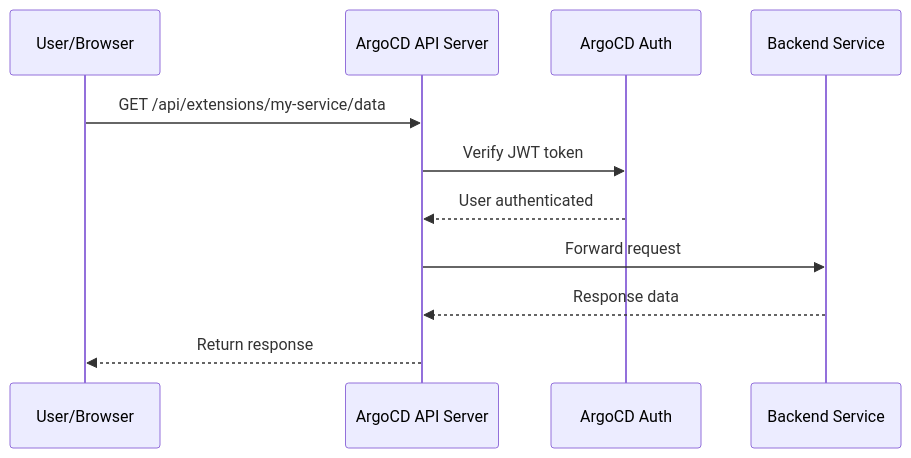
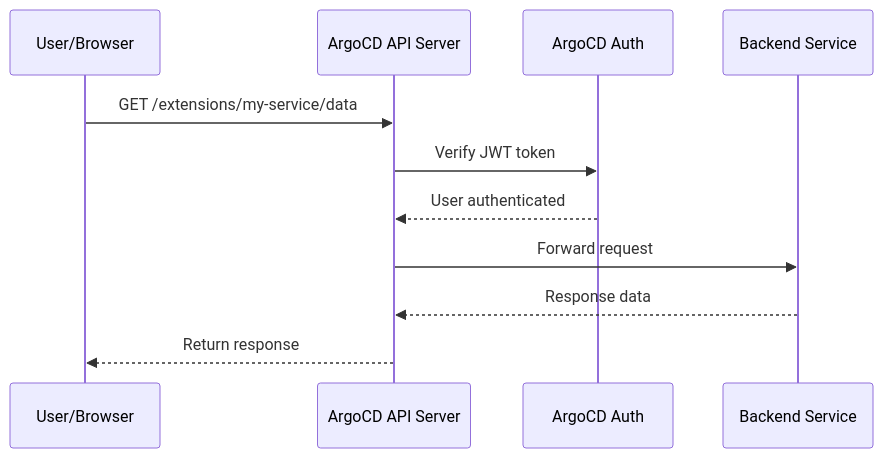
One commit to OneUptime/blog changed the diagram in posts/2026-02-26-argocd-proxy-extensions/README.md. Above: the diagram before and after it, drawn with Mermaid. The commit also changed other lines of this file and 2 other files, not shown here.

Commit message:
validate: 2026-02-26-argocd-proxy-extensions

````diff
--- a/posts/2026-02-26-argocd-proxy-extensions/README.md
+++ b/posts/2026-02-26-argocd-proxy-extensions/README.md
@@ -21,14 +21,14 @@
 ```mermaid
 sequenceDiagram
     participant User as User/Browser
     participant ArgoCD as ArgoCD API Server
     participant Auth as ArgoCD Auth
     participant Backend as Backend Service
 
-    User->>ArgoCD: GET /api/extensions/my-service/data
+    User->>ArgoCD: GET /extensions/my-service/data
     ArgoCD->>Auth: Verify JWT token
     Auth-->>ArgoCD: User authenticated
     ArgoCD->>Backend: Forward request
     Backend-->>ArgoCD: Response data
     ArgoCD-->>User: Return response
 ```
````
